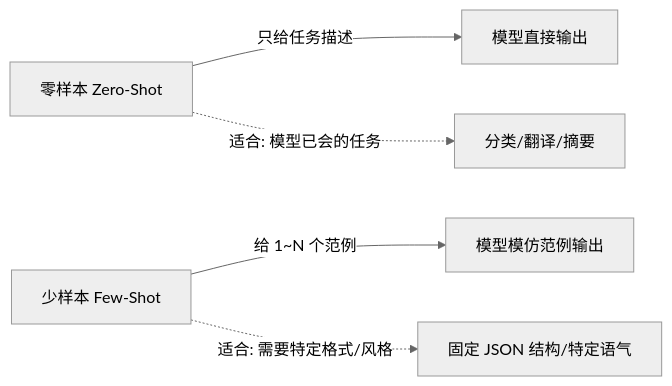
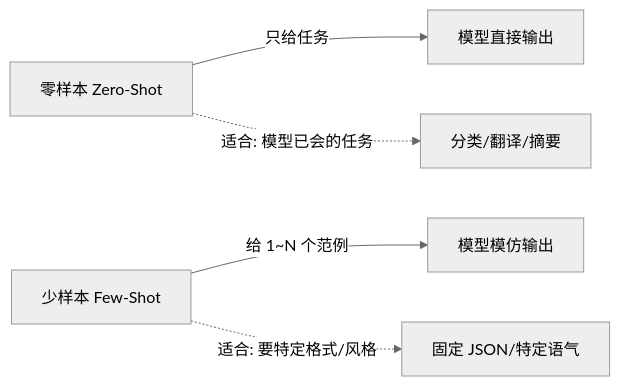
One commit to TessHardy/peg-vitepress changed the diagram in docs/techniques/zero-shot.md. Above: the diagram before and after it, drawn with Mermaid (neutral theme). The commit also changed other lines of this file and 2 other files, not shown here.

````diff
--- a/docs/techniques/zero-shot.md
+++ b/docs/techniques/zero-shot.md
@@ -28,7 +28,7 @@
 ```mermaid
 flowchart LR
-    Z[零样本 Zero-Shot] -->|只给任务描述| M[模型直接输出]
-    F[少样本 Few-Shot] -->|给 1~N 个范例| M2[模型模仿范例输出]
+    Z[零样本 Zero-Shot] -->|只给任务| M[模型直接输出]
+    F[少样本 Few-Shot] -->|给 1~N 个范例| M2[模型模仿输出]
     Z -. 适合: 模型已会的任务 .-> S1[分类/翻译/摘要]
-    F -. 适合: 需要特定格式/风格 .-> S2[固定 JSON 结构/特定语气]
+    F -. 适合: 要特定格式/风格 .-> S2[固定 JSON/特定语气]
 ```
````
